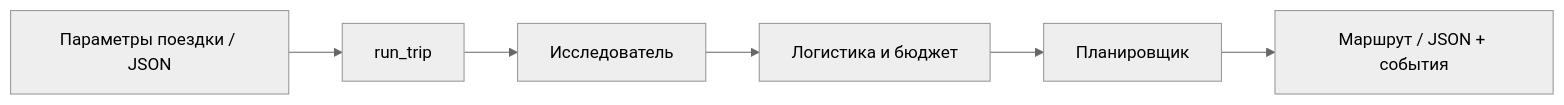
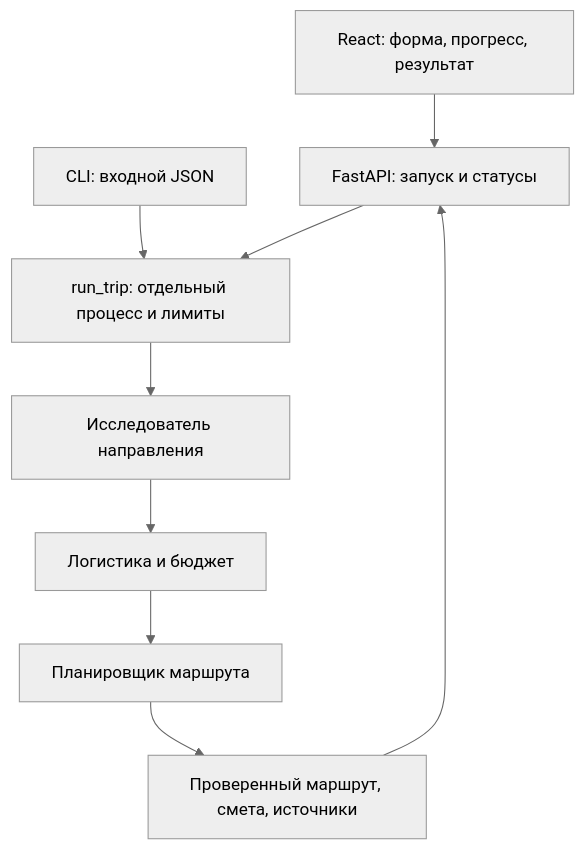
The diagram in README.md (KatnikovAA/CrewAI), drawn with Mermaid (neutral theme) before and after one commit. The commit also changed other lines of this file and 130 other files, not shown here.

````diff
--- a/README.md
+++ b/README.md
@@ -29,8 +119,11 @@
 ```mermaid
-flowchart LR
-    Input[Параметры поездки / JSON] --> Runner[run_trip]
-    Runner --> Research[Исследователь]
+flowchart TD
+    UI[React: форма, прогресс, результат] --> API[FastAPI: запуск и статусы]
+    CLI[CLI: входной JSON] --> Runner[run_trip: отдельный процесс и лимиты]
+    API --> Runner
+    Runner --> Research[Исследователь направления]
     Research --> Budget[Логистика и бюджет]
-    Budget --> Planner[Планировщик]
-    Planner --> Output[Маршрут / JSON + события]
+    Budget --> Planner[Планировщик маршрута]
+    Planner --> Result[Проверенный маршрут, смета, источники]
+    Result --> API
 ```
````
